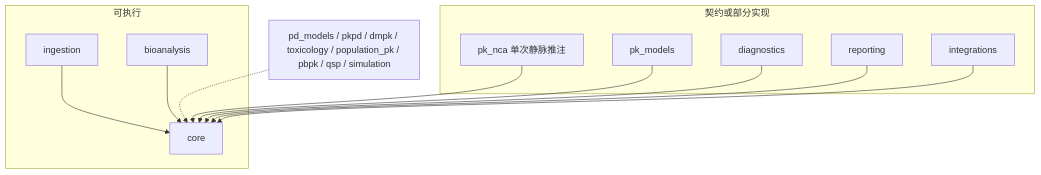
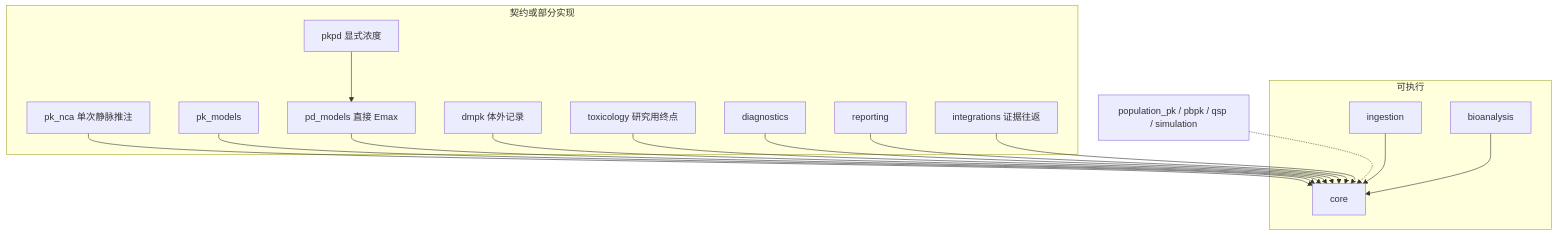
Before and after one commit to JianyunZhang/PharmacoWeave: the diagram in docs/architecture.md, drawn with Mermaid. The commit also changed other lines of this file and 38 other files, not shown here.

First line of the commit message:
Add Phase 2 direct-effect Emax, in vitro ADME, tox records, and evidence links (0.0.4) (#6)

````diff
--- a/docs/architecture.md
+++ b/docs/architecture.md
@@ -5,25 +5,33 @@
 ```mermaid
 flowchart TB
     subgraph available [可执行]
         ingestion[ingestion]
         bioanalysis[bioanalysis]
         core[core]
     end
     subgraph partial [契约或部分实现]
         nca[pk_nca 单次静脉推注]
         models[pk_models]
+        pd[pd_models 直接 Emax]
+        pkpd[pkpd 显式浓度]
+        dmpk[dmpk 体外记录]
+        tox[toxicology 研究用终点]
         diagnostics[diagnostics]
         reporting[reporting]
-        integrations[integrations]
+        integrations[integrations 证据往返]
     end
-    reserved[pd_models / pkpd / dmpk / toxicology / population_pk / pbpk / qsp / simulation]
+    reserved[population_pk / pbpk / qsp / simulation]
 
     ingestion --> core
     bioanalysis --> core
     nca --> core
     models --> core
+    pd --> core
+    pkpd --> pd
+    dmpk --> core
+    tox --> core
     diagnostics --> core
     reporting --> core
     integrations --> core
     reserved -.-> core
 ```
````
